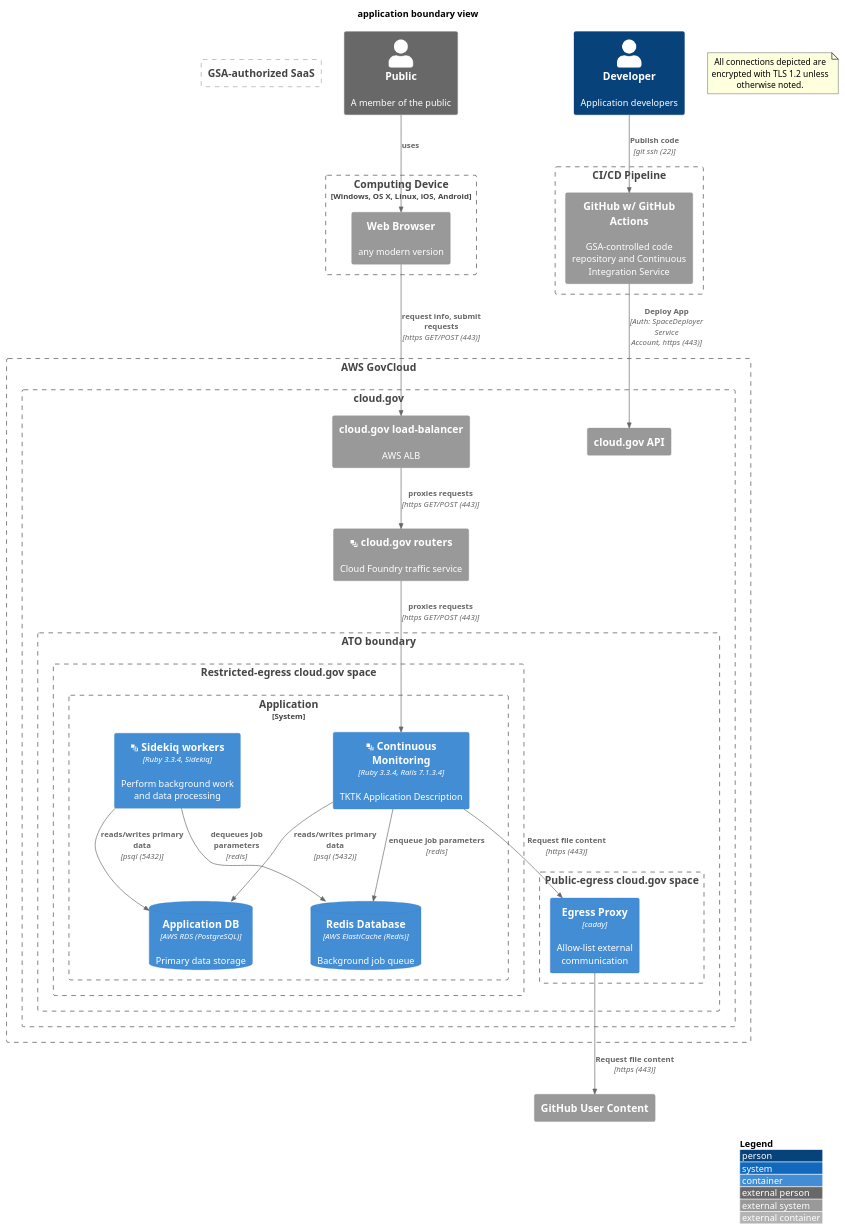
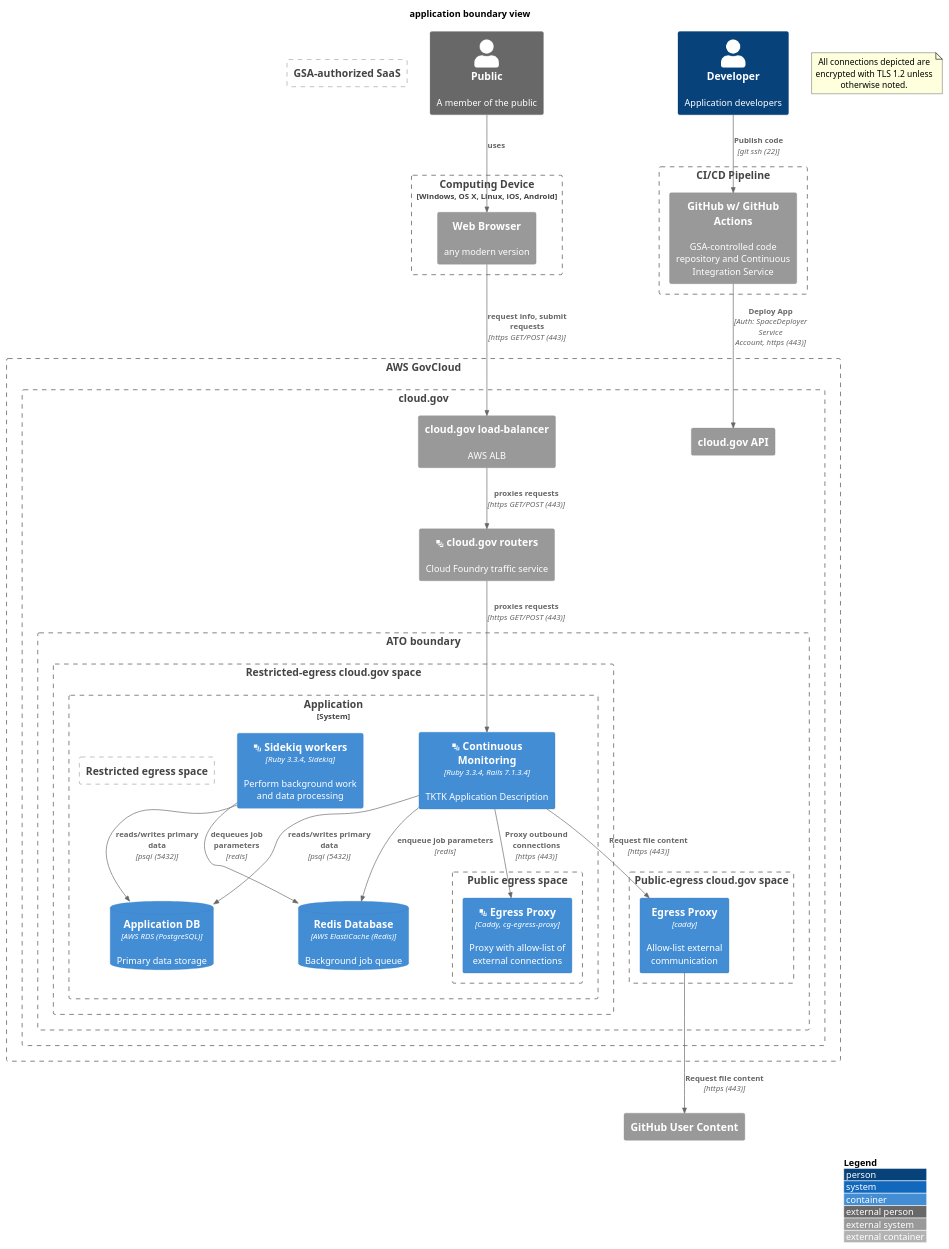
The diagram in doc/compliance/apps/application.boundary.md (GSA-TTS/continuous-assessment-poc), drawn with PlantUML before and after one commit. The commit also changed 13 other files, not shown here.

Commit message:
Run egress proxy generator

````diff
--- a/doc/compliance/apps/application.boundary.md
+++ b/doc/compliance/apps/application.boundary.md
@@ -5,64 +5,70 @@
 ```plantuml
 @startuml
 !include https://raw.githubusercontent.com/plantuml-stdlib/C4-PlantUML/master/C4_Container.puml
 ' uncomment the following line and comment the first to use locally
 ' !include C4_Container.puml
 LAYOUT_WITH_LEGEND()
 title application boundary view
 
 Person_Ext(public, "Public", "A member of the public")
 Person(developer, "Developer", "Application developers")
 
 Boundary(device, "Computing Device", "Windows, OS X, Linux, iOS, Android"){
     System_Ext(browser, "Web Browser", "any modern version")
 }
 Rel(public, browser, "uses", "")
 
 note as EncryptionNote
 All connections depicted are encrypted with TLS 1.2 unless otherwise noted.
 end note
 Boundary(aws, "AWS GovCloud") {
     Boundary(cloudgov, "cloud.gov") {
         System_Ext(cg_api, "cloud.gov API")
         System_Ext(aws_alb, "cloud.gov load-balancer", "AWS ALB")
         System_Ext(cloudgov_router, "<&layers> cloud.gov routers", "Cloud Foundry traffic service")
         Boundary(atob, "ATO boundary") {
             Boundary(space, "Restricted-egress cloud.gov space") {
                 System_Boundary(inventory, "Application") {
+                Boundary(restricted_space, "Restricted egress space") {
+                }
+                Boundary(egress_space, "Public egress space") {
+                    Container(proxy, "<&layers> Egress Proxy", "Caddy, cg-egress-proxy", "Proxy with allow-list of external connections")
+                }
                     Container(app, "<&layers> Continuous Monitoring", "Ruby 3.3.4, Rails 7.1.3.4", "TKTK Application Description")
                     ContainerDb(app_db, "Application DB", "AWS RDS (PostgreSQL)", "Primary data storage")
                     Container(worker, "<&layers> Sidekiq workers", "Ruby 3.3.4, Sidekiq", "Perform background work and data processing")
                     ContainerDb(redis, "Redis Database", "AWS ElastiCache (Redis)", "Background job queue")
                 }
             }
             Boundary(egress, "Public-egress cloud.gov space") {
                 Container(egress_proxy, "Egress Proxy", "caddy", "Allow-list external communication")
             }
         }
     }
 }
 
 System_Ext(external, "GitHub User Content")
 
 Boundary(gsa_saas, "GSA-authorized SaaS") {
 }
 
 Boundary(cicd, "CI/CD Pipeline") {
     System_Ext(githuball, "GitHub w/ GitHub Actions", "GSA-controlled code repository and Continuous Integration Service")
 }
 
 Rel(browser, aws_alb, "request info, submit requests", "https GET/POST (443)")
 Rel(aws_alb, cloudgov_router, "proxies requests", "https GET/POST (443)")
 Rel(cloudgov_router, app, "proxies requests", "https GET/POST (443)")
 Rel(app, app_db, "reads/writes primary data", "psql (5432)")
 Rel(app, redis, "enqueue job parameters", "redis")
 Rel(worker, redis, "dequeues job parameters", "redis")
 Rel(worker, app_db, "reads/writes primary data", "psql (5432)")
 
 Rel(app, egress_proxy, "Request file content", "https (443)")
 Rel(egress_proxy, external, "Request file content", "https (443)")
 
 Rel(developer, githuball, "Publish code", "git ssh (22)")
 Rel(githuball, cg_api, "Deploy App", "Auth: SpaceDeployer Service Account, https (443)")
+Rel(app, proxy, "Proxy outbound connections", "https (443)")
 @enduml
 ```
````
